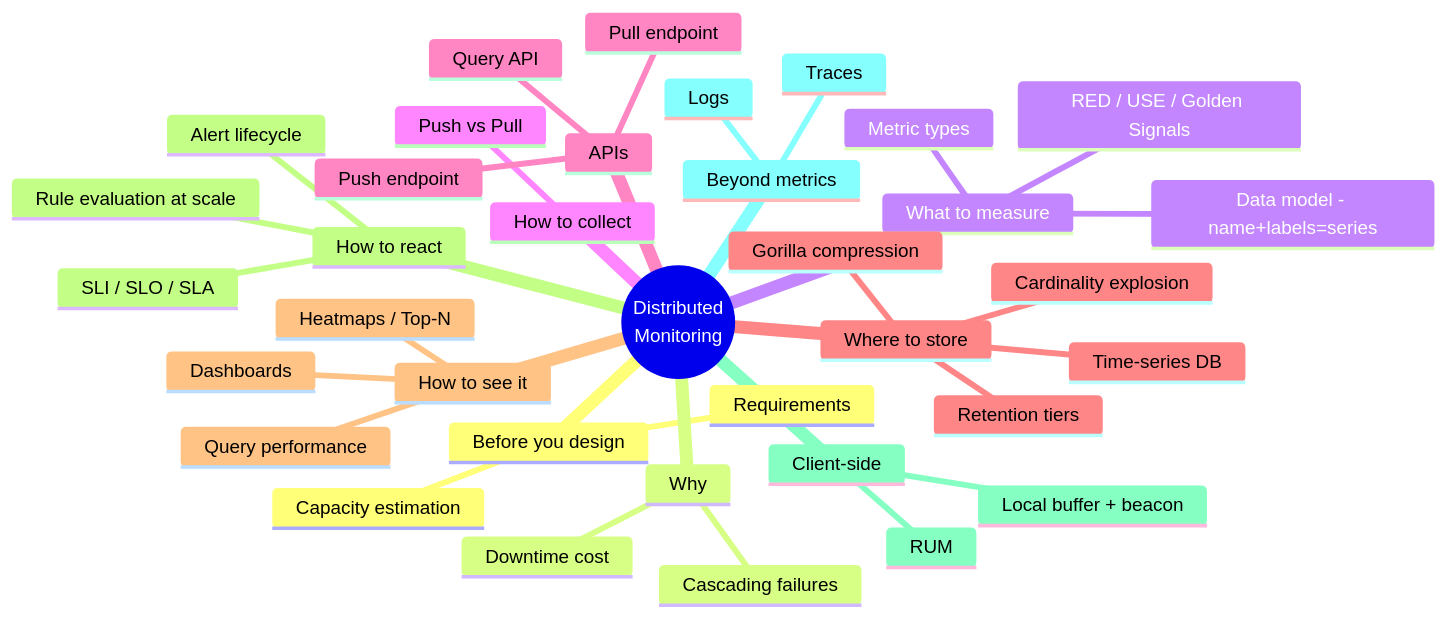
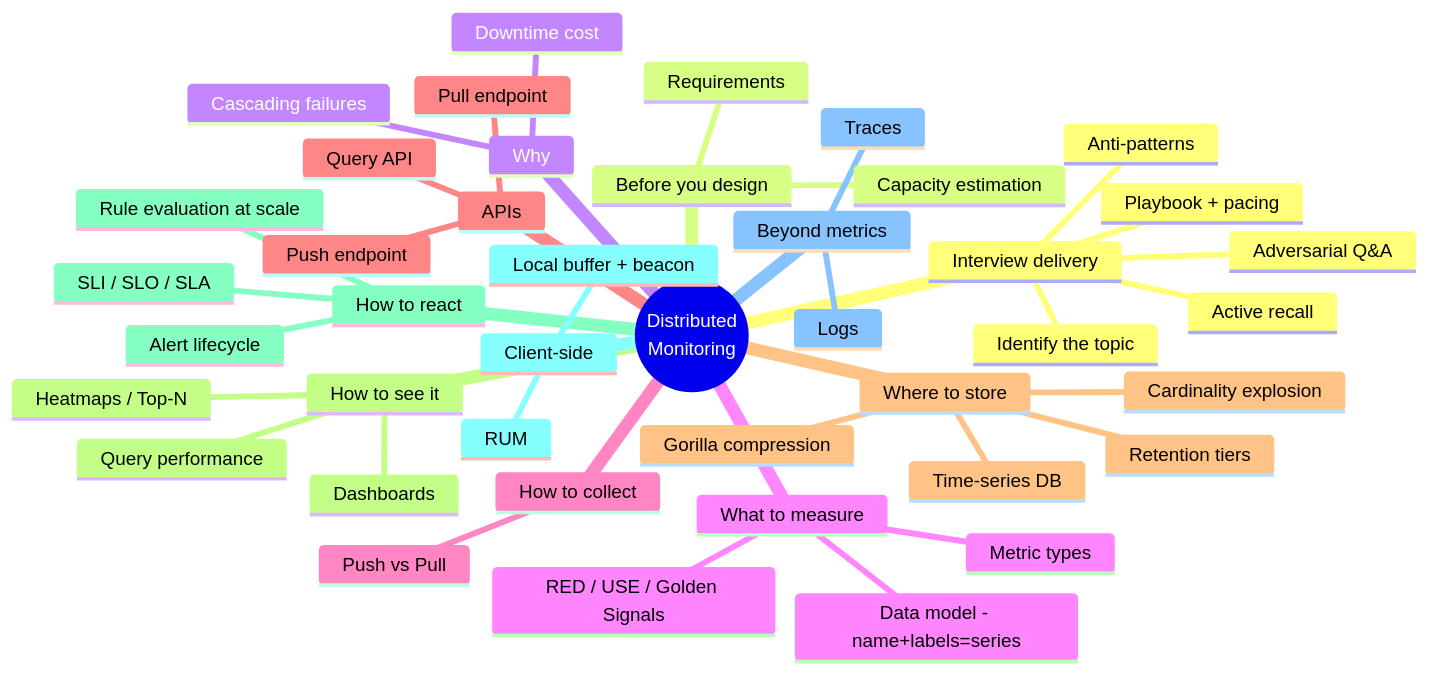
The first of 18 diagrams in system-design/HLD/0-course/13-Distributed-Monitoring-FAANG-Guide.md (riyaz-pasha/Learnings), drawn with Mermaid before and after one commit. The commit also changed other lines of this file and 70 other files, not shown here.

````diff
--- a/system-design/HLD/0-course/13-Distributed-Monitoring-FAANG-Guide.md
+++ b/system-design/HLD/0-course/13-Distributed-Monitoring-FAANG-Guide.md
@@ -21,39 +61,45 @@
 ```mermaid
 mindmap
   root((Distributed<br/>Monitoring))
+    Interview delivery
+      Identify the topic
+      Playbook + pacing
+      Adversarial Q&A
+      Anti-patterns
+      Active recall
     Before you design
       Requirements
       Capacity estimation
     Why
       Cascading failures
       Downtime cost
     What to measure
       Metric types
       RED / USE / Golden Signals
       Data model - name+labels=series
     How to collect
       Push vs Pull
     APIs
       Push endpoint
       Pull endpoint
       Query API
     Where to store
       Time-series DB
       Gorilla compression
       Cardinality explosion
       Retention tiers
     How to see it
       Dashboards
       Heatmaps / Top-N
       Query performance
     How to react
       Alert lifecycle
       Rule evaluation at scale
       SLI / SLO / SLA
     Client-side
       RUM
       Local buffer + beacon
     Beyond metrics
       Logs
       Traces
 ```
````
